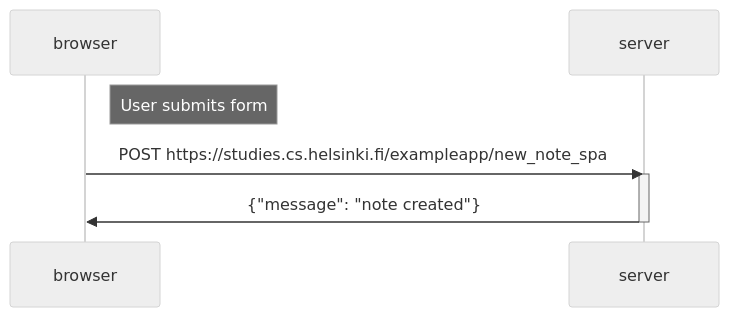
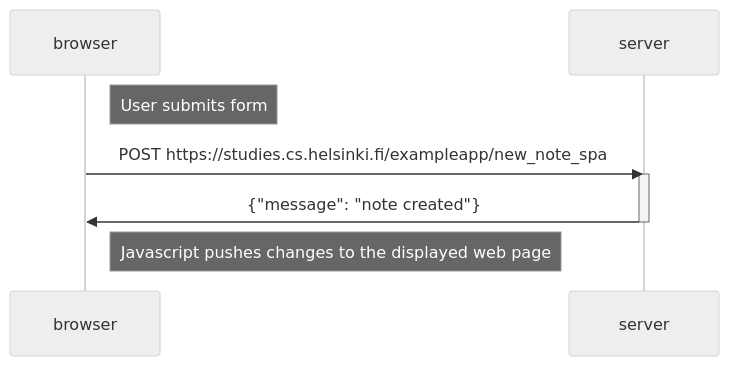
The diagram in part0/part0_6.md (EimantasPusinskas/uoh), drawn with Mermaid (neutral theme) before and after one commit.

````diff
--- a/part0/part0_6.md
+++ b/part0/part0_6.md
@@ -1,14 +1,15 @@
 ```mermaid
 sequenceDiagram
     participant browser
     participant server
 
     Note right of browser: User submits form
     browser->>server: POST https://studies.cs.helsinki.fi/exampleapp/new_note_spa
     activate server
     server->>browser: {"message": "note created"}
     deactivate server
+    Note right of browser: Javascript pushes changes to the displayed web page
 
 
     
 ```
````
